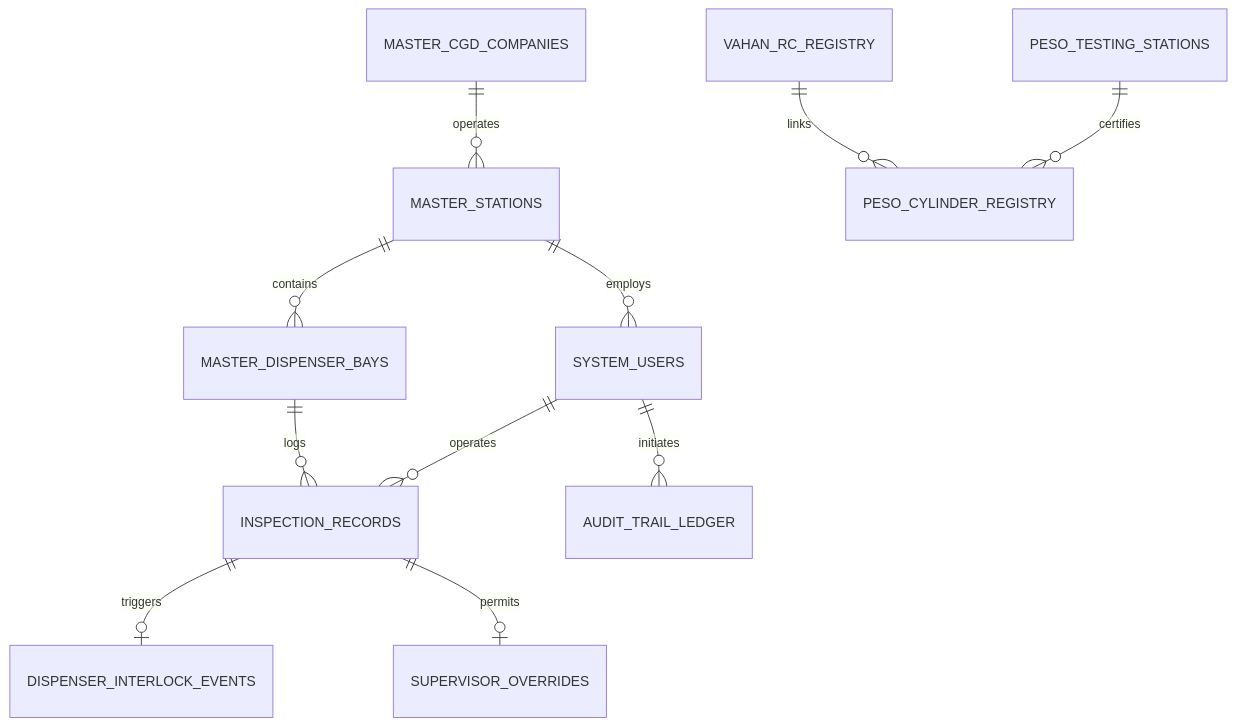
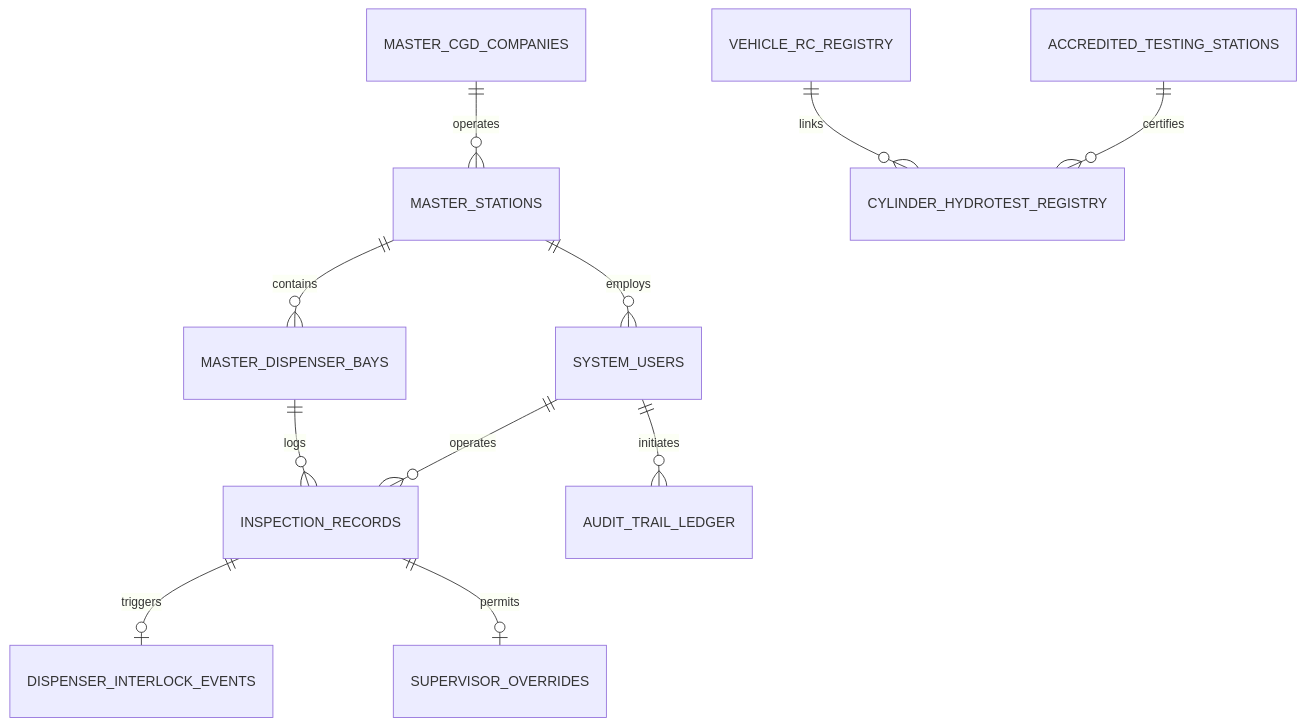
The diagram in Source/BackendSchema.md (Mrinmoypatratint/SmartFuel), drawn with Mermaid before and after one commit. The commit also changed other lines of this file and 6 other files, not shown here.

Commit message:
docs: align all source documentation with private commercial enterprise identity and live production architecture

````diff
--- a/Source/BackendSchema.md
+++ b/Source/BackendSchema.md
@@ -15,16 +16,16 @@
 ```mermaid
 erDiagram
     MASTER_CGD_COMPANIES ||--o{ MASTER_STATIONS : operates
     MASTER_STATIONS ||--o{ MASTER_DISPENSER_BAYS : contains
     MASTER_STATIONS ||--o{ SYSTEM_USERS : employs
     MASTER_DISPENSER_BAYS ||--o{ INSPECTION_RECORDS : logs
     SYSTEM_USERS ||--o{ INSPECTION_RECORDS : operates
     
-    VAHAN_RC_REGISTRY ||--o{ PESO_CYLINDER_REGISTRY : links
-    PESO_TESTING_STATIONS ||--o{ PESO_CYLINDER_REGISTRY : certifies
+    VEHICLE_RC_REGISTRY ||--o{ CYLINDER_HYDROTEST_REGISTRY : links
+    ACCREDITED_TESTING_STATIONS ||--o{ CYLINDER_HYDROTEST_REGISTRY : certifies
     
     INSPECTION_RECORDS ||--o| DISPENSER_INTERLOCK_EVENTS : triggers
     INSPECTION_RECORDS ||--o| SUPERVISOR_OVERRIDES : permits
     
     SYSTEM_USERS ||--o{ AUDIT_TRAIL_LEDGER : initiates
 ```
````
